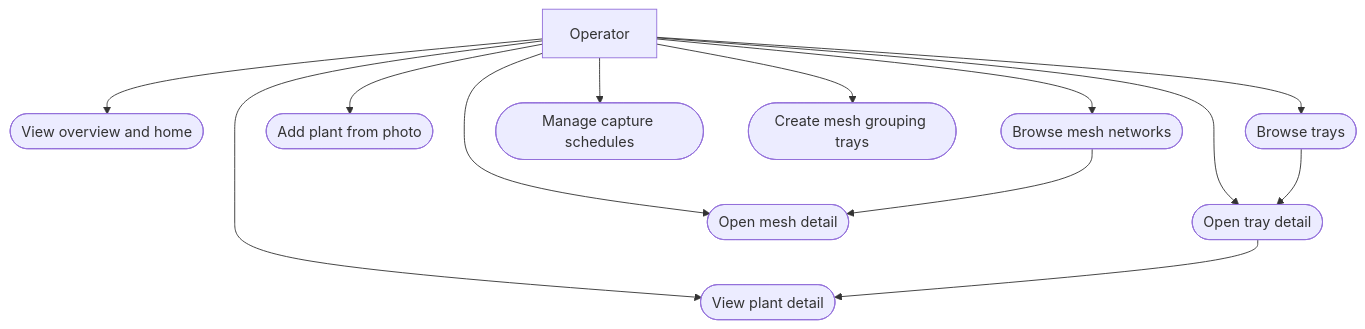
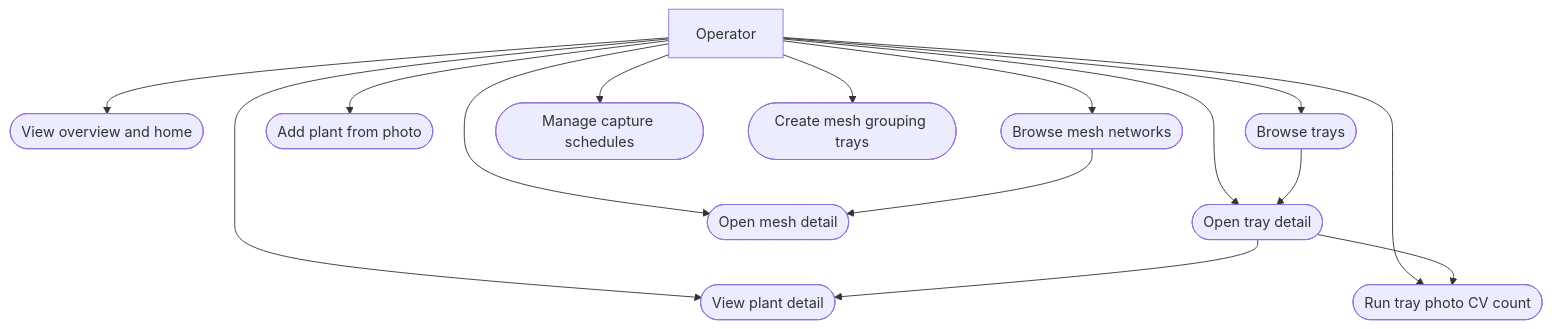
Before and after one commit to Agri-Home/agrihome: the first of 3 diagrams in docs/diagrams/04-use-cases.md, drawn with Mermaid. The commit also changed other lines of this file and 33 other files, not shown here.

````diff
--- a/docs/diagrams/04-use-cases.md
+++ b/docs/diagrams/04-use-cases.md
@@ -7,28 +7,31 @@
 ```mermaid
 flowchart TB
   Actor[Operator]
 
   UC1([View overview and home])
   UC2([Browse trays])
   UC3([Open tray detail])
   UC4([View plant detail])
   UC5([Add plant from photo])
   UC6([Browse mesh networks])
   UC7([Open mesh detail])
   UC8([Manage capture schedules])
   UC9([Create mesh grouping trays])
+  UC10([Run tray photo CV count])
 
   Actor --> UC1
   Actor --> UC2
   Actor --> UC3
   Actor --> UC4
   Actor --> UC5
   Actor --> UC6
   Actor --> UC7
   Actor --> UC8
   Actor --> UC9
+  Actor --> UC10
 
   UC3 --> UC4
+  UC3 --> UC10
   UC2 --> UC3
   UC6 --> UC7
 ```
````
